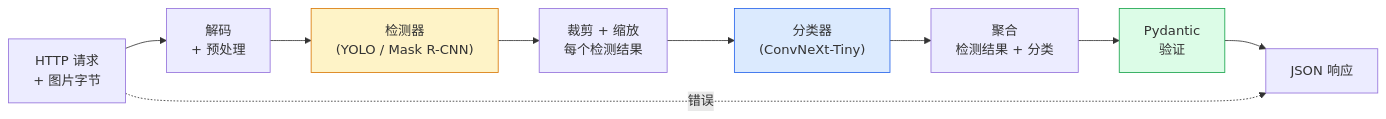
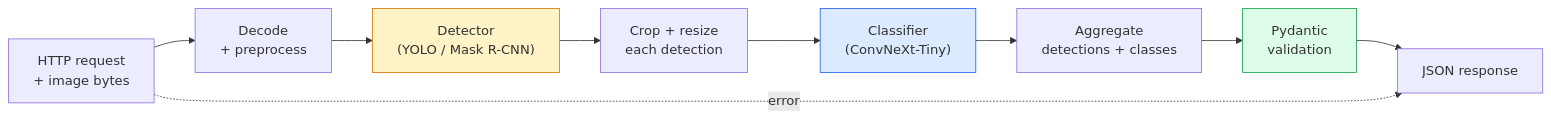
Before and after one commit to xiaojiaenen/ai-engineering-from-scratch-zh: the diagram in i18n/zh/phases/04-computer-vision/16-vision-pipeline-capstone/docs/zh.md, drawn with Mermaid. The commit also changed other lines of this file and 28 other files, not shown here.

````diff
--- a/i18n/zh/phases/04-computer-vision/16-vision-pipeline-capstone/docs/zh.md
+++ b/i18n/zh/phases/04-computer-vision/16-vision-pipeline-capstone/docs/zh.md
@@ -29,16 +29,16 @@
 ```mermaid
 flowchart LR
-    REQ["HTTP 请求<br/>+ 图片字节"] --> LOAD["解码<br/>+ 预处理"]
-    LOAD --> DET["检测器<br/>(YOLO / Mask R-CNN)"]
-    DET --> CROP["裁剪 + 缩放<br/>每个检测结果"]
-    CROP --> CLS["分类器<br/>(ConvNeXt-Tiny)"]
-    CLS --> AGG["聚合<br/>检测结果 + 分类"]
-    AGG --> SCHEMA["Pydantic<br/>验证"]
-    SCHEMA --> RESP["JSON 响应"]
+    REQ["HTTP request<br/>+ image bytes"] --> LOAD["Decode<br/>+ preprocess"]
+    LOAD --> DET["Detector<br/>(YOLO / Mask R-CNN)"]
+    DET --> CROP["Crop + resize<br/>each detection"]
+    CROP --> CLS["Classifier<br/>(ConvNeXt-Tiny)"]
+    CLS --> AGG["Aggregate<br/>detections + classes"]
+    AGG --> SCHEMA["Pydantic<br/>validation"]
+    SCHEMA --> RESP["JSON response"]
 
-    REQ -.->|错误| RESP
+    REQ -.->|error| RESP
 
     style DET fill:#fef3c7,stroke:#d97706
     style CLS fill:#dbeafe,stroke:#2563eb
     style SCHEMA fill:#dcfce7,stroke:#16a34a
 ```
````
